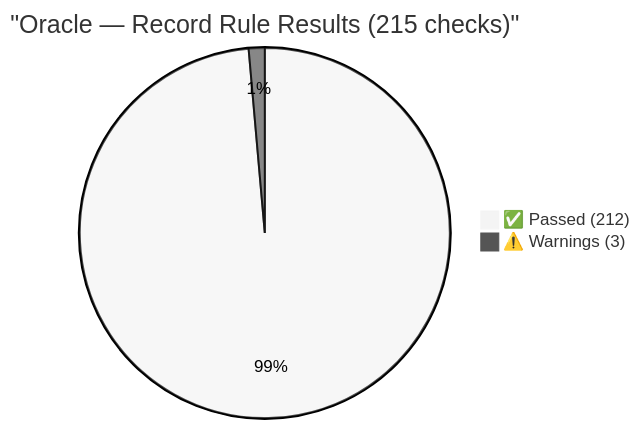
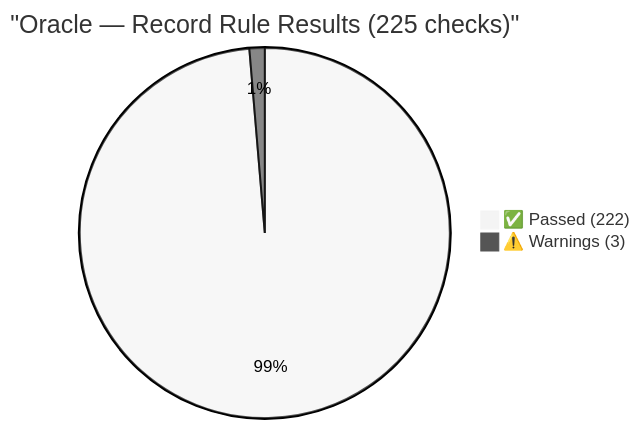
Before and after one commit to Vulnetix/ietf-crit-spec: the eighth of 8 diagrams in tests/reports/crit-test-report.md, drawn with Mermaid (neutral theme). The commit also changed other lines of this file and 19 other files, not shown here.

````diff
--- a/tests/reports/crit-test-report.md
+++ b/tests/reports/crit-test-report.md
@@ -530,5 +540,5 @@
 ```mermaid
-pie title "Oracle — Record Rule Results (215 checks)"
-    "✅ Passed (212)" : 212
+pie title "Oracle — Record Rule Results (225 checks)"
+    "✅ Passed (222)" : 222
     "⚠️ Warnings (3)" : 3
 ```
````
